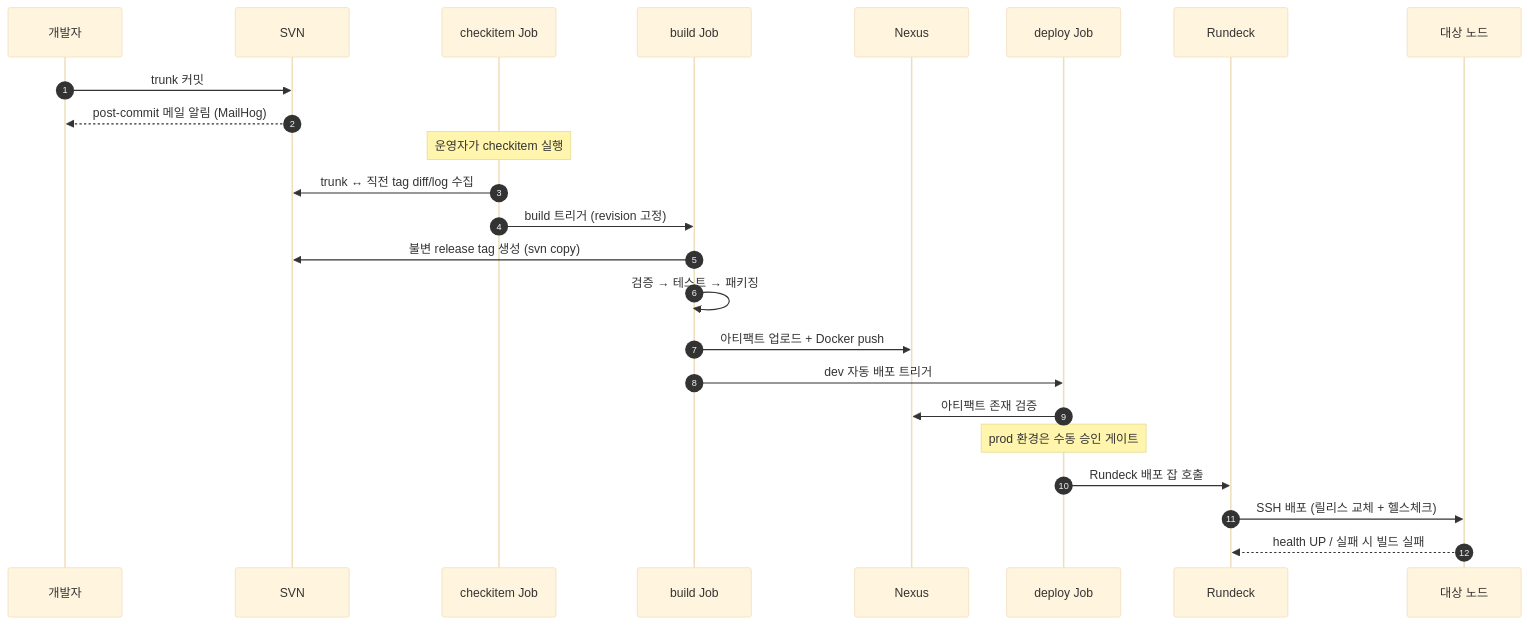
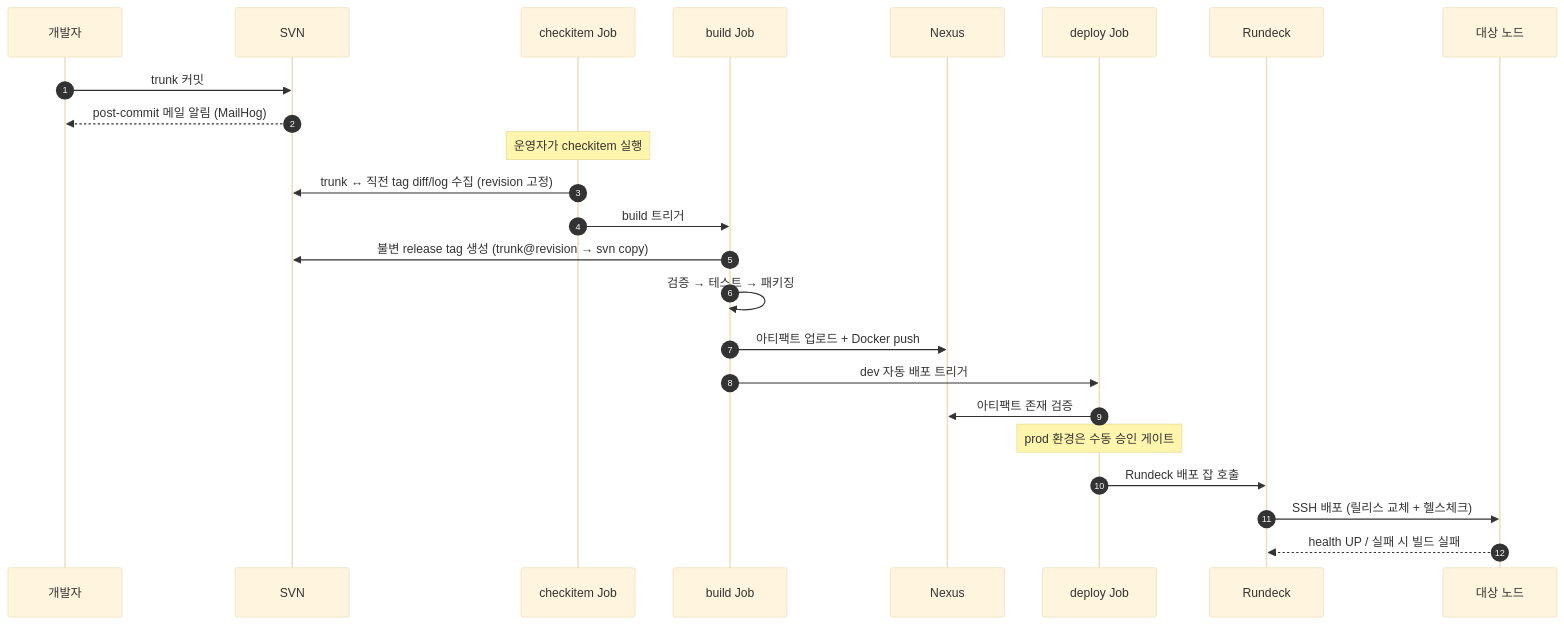
Before and after one commit to ghkimdev/enterprise-devops-platform: the second of 2 diagrams in README.md, drawn with Mermaid (base theme). The commit also changed other lines of this file, not shown here.

````diff
--- a/README.md
+++ b/README.md
@@ -124,27 +161,27 @@
 ```mermaid
 sequenceDiagram
     autonumber
     participant D as 개발자
     participant S as SVN
     participant CI as checkitem Job
     participant B as build Job
     participant N as Nexus
     participant DP as deploy Job
     participant R as Rundeck
     participant T as 대상 노드
 
     D->>S: trunk 커밋
     S-->>D: post-commit 메일 알림 (MailHog)
     Note over CI: 운영자가 checkitem 실행
-    CI->>S: trunk ↔ 직전 tag diff/log 수집
-    CI->>B: build 트리거 (revision 고정)
-    B->>S: 불변 release tag 생성 (svn copy)
+    CI->>S: trunk ↔ 직전 tag diff/log 수집 (revision 고정)
+    CI->>B: build 트리거
+    B->>S: 불변 release tag 생성 (trunk@revision → svn copy)
     B->>B: 검증 → 테스트 → 패키징
     B->>N: 아티팩트 업로드 + Docker push
     B->>DP: dev 자동 배포 트리거
     DP->>N: 아티팩트 존재 검증
     Note over DP: prod 환경은 수동 승인 게이트
     DP->>R: Rundeck 배포 잡 호출
     R->>T: SSH 배포 (릴리스 교체 + 헬스체크)
     T-->>R: health UP / 실패 시 빌드 실패
 ```
````
